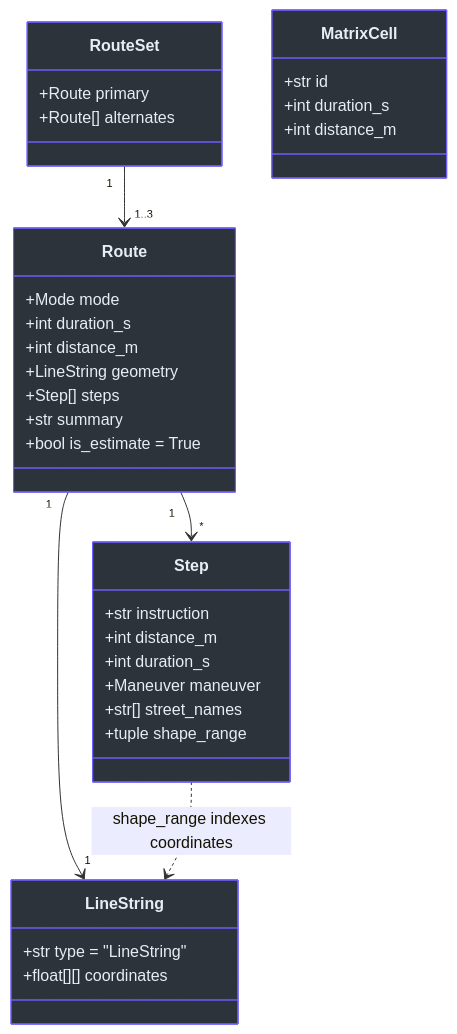
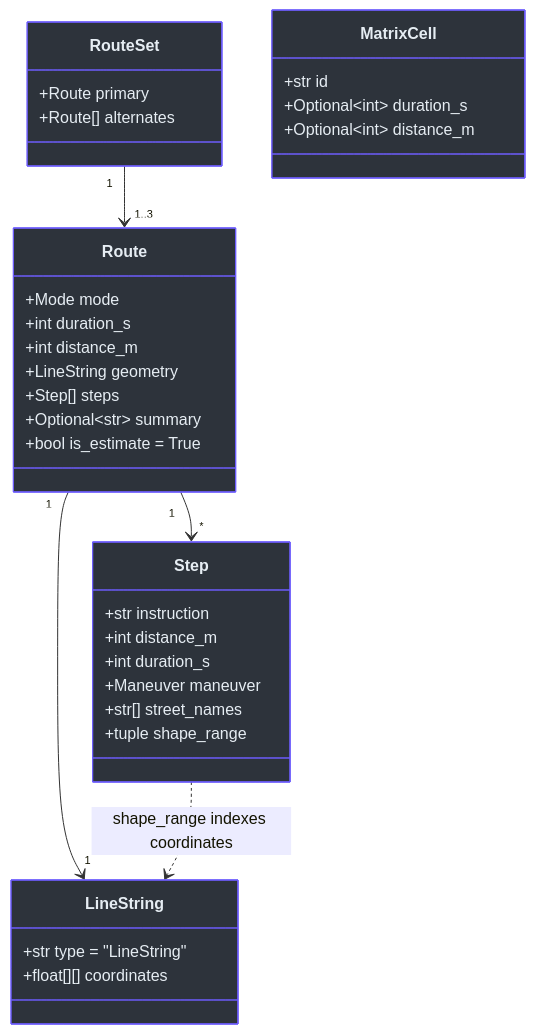
The second of 5 diagrams in docs/wiki/01-routing/routing-and-eta.md (r03922123/jp_ski_map), drawn with Mermaid before and after one commit. The commit also changed other lines of this file and 3 other files, not shown here.

````diff
--- a/docs/wiki/01-routing/routing-and-eta.md
+++ b/docs/wiki/01-routing/routing-and-eta.md
@@ -107,42 +107,42 @@
 ```mermaid
 classDiagram
     class RouteSet {
         +Route primary
         +Route[] alternates
     }
     class Route {
         +Mode mode
         +int duration_s
         +int distance_m
         +LineString geometry
         +Step[] steps
-        +str summary
+        +Optional~str~ summary
         +bool is_estimate = True
     }
     class Step {
         +str instruction
         +int distance_m
         +int duration_s
         +Maneuver maneuver
         +str[] street_names
         +tuple shape_range
     }
     class LineString {
         +str type = "LineString"
         +float[][] coordinates
     }
     class MatrixCell {
         +str id
-        +int duration_s
-        +int distance_m
+        +Optional~int~ duration_s
+        +Optional~int~ distance_m
     }
     RouteSet "1" --> "1..3" Route
     Route "1" --> "1" LineString
     Route "1" --> "*" Step
     Step ..> LineString : shape_range indexes coordinates
     style RouteSet fill:#2d333b,stroke:#6d5dfc,color:#e6edf3
     style Route fill:#2d333b,stroke:#6d5dfc,color:#e6edf3
     style Step fill:#2d333b,stroke:#6d5dfc,color:#e6edf3
     style LineString fill:#2d333b,stroke:#6d5dfc,color:#e6edf3
     style MatrixCell fill:#2d333b,stroke:#6d5dfc,color:#e6edf3
 ```
````
